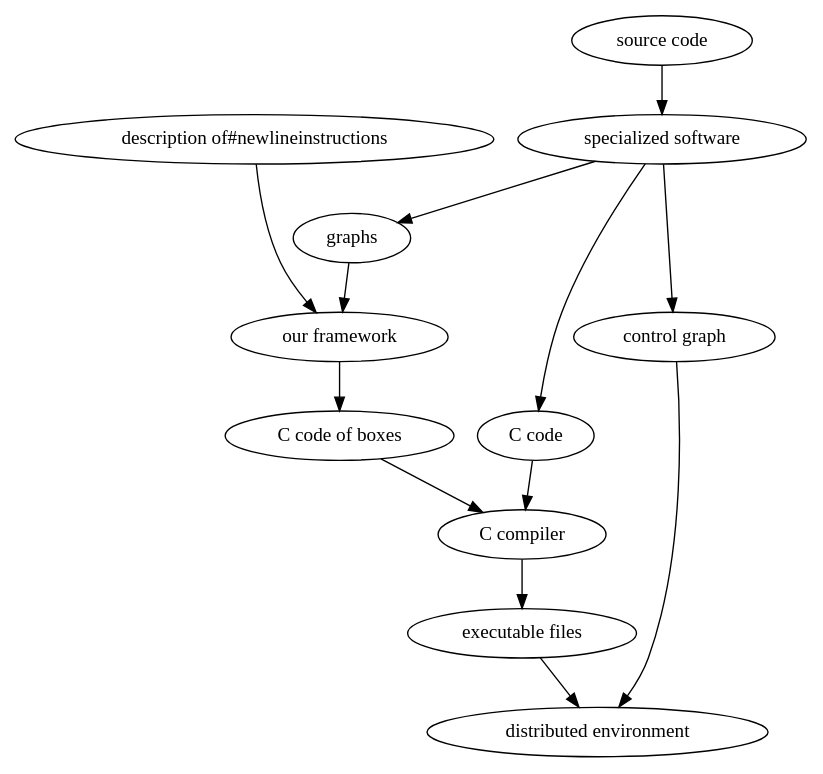
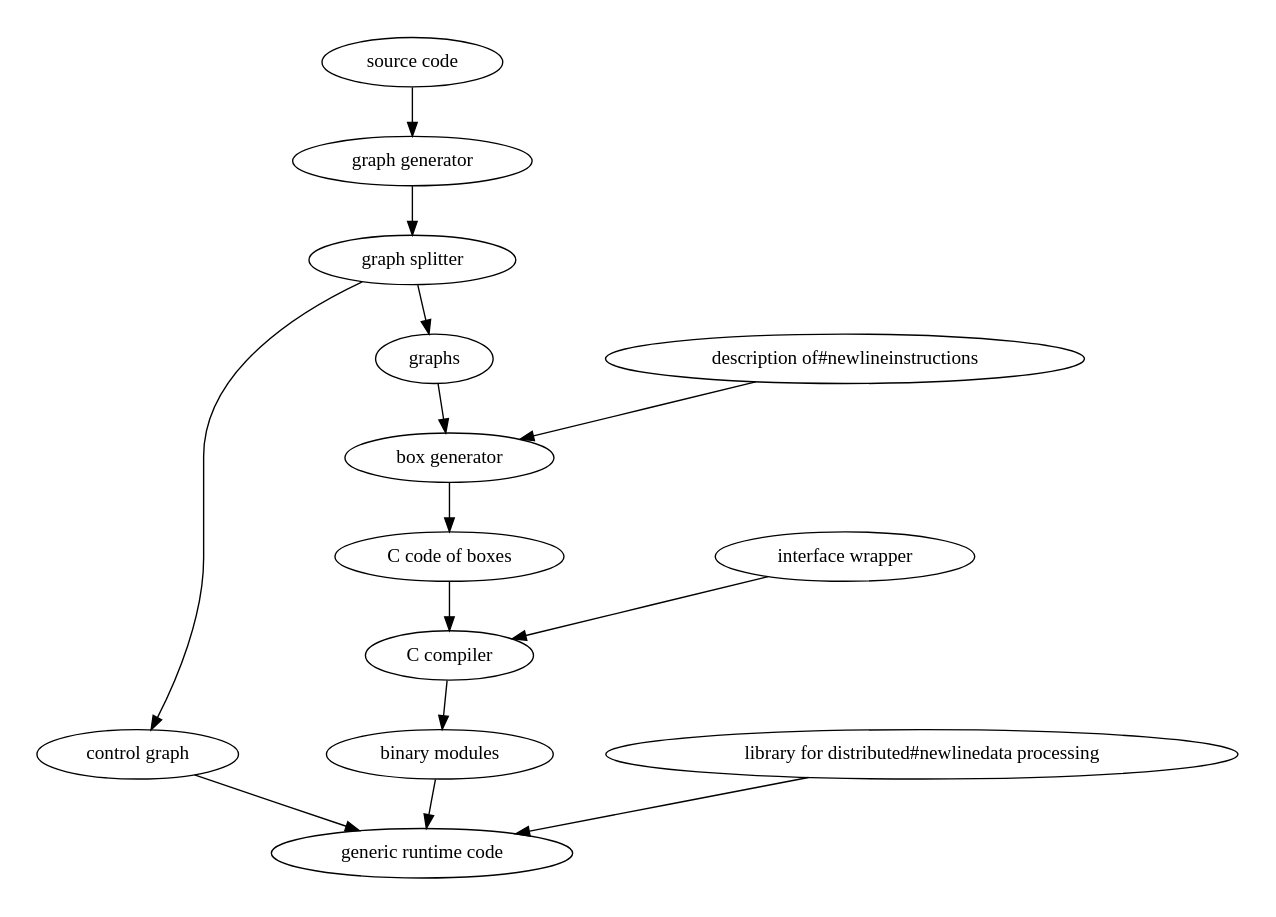
Before and after one commit to kareltucek/ctb: the diagram in thesis/contents/graphs/integration.dot, drawn with Graphviz. The commit also changed 40 other files, not shown here.

```diff
--- a/thesis/contents/graphs/integration.dot
+++ b/thesis/contents/graphs/integration.dot
@@ -1,28 +1,43 @@
 digraph G{
-#horizontalLinear
 #verticalLinear
-#height=200
+#height=280
 #include
-  source[label="source code"];
-  parallax[label="specialized software"];
-  ctb[label="our framework"];
-  g[label="graphs",shape="ellipse"];
-  g2[label="control graph",shape="ellipse"];
-  i[label="description of#newlineinstructions",shape="ellipse"];
-  a[label="C code of boxes",shape="ellipse"];
-  b[label="C code",shape="ellipse"];
-  e[label="executable files",shape="ellipse"];
-  p[label="distributed environment",shape="ellipse"];
-  compiler[label="C compiler"]
 
-  source -> parallax -> g -> ctb;
+
+  subgraph cluster_j {
+    graph[style=invis];
+    rankdir=TB;
+    g2[label="control graph",shape="ellipse"];
+  };
+
+  subgraph cluster_h {
+    graph[style=invis];
+    rankdir=TB;
+    e[label="binary modules",shape="ellipse"];
+    a[label="C code of boxes",shape="ellipse"];
+    ctb[label="box generator"];
+    g[label="graphs",shape="ellipse"];
+    splitter[label="graph splitter"];
+    generator[label="graph generator"];
+    source[label="source code",shape="ellipse"];
+    p[label="generic runtime code",shape="ellipse"];
+    compiler[label="C compiler"];
+    source -> generator -> splitter -> g -> ctb -> a -> compiler -> e -> p;
+  };
+
+  subgraph cluster_i {
+    graph[style=invis];
+    rankdir=TB;
+    i[label="description of#newlineinstructions",shape="ellipse"];
+    wrapper[label="interface wrapper",shape="ellipse"];
+    lib[label="library for distributed#newlinedata processing",shape="ellipse"];
+    dm0[style=invis];
+    dm1[style=invis];
+    i->dm0->wrapper->dm1->lib[style=invis];
+  };
+
   i -> ctb;
-  ctb -> a;
-  parallax -> b;
-  a -> compiler;
-  b -> compiler;
-  compiler -> e;
-  i -> g [style=invis];
-  e -> p;
-  parallax -> g2 -> p;
+  wrapper->compiler;
+  lib->p;
+  splitter -> g2 -> p;
 }
```
